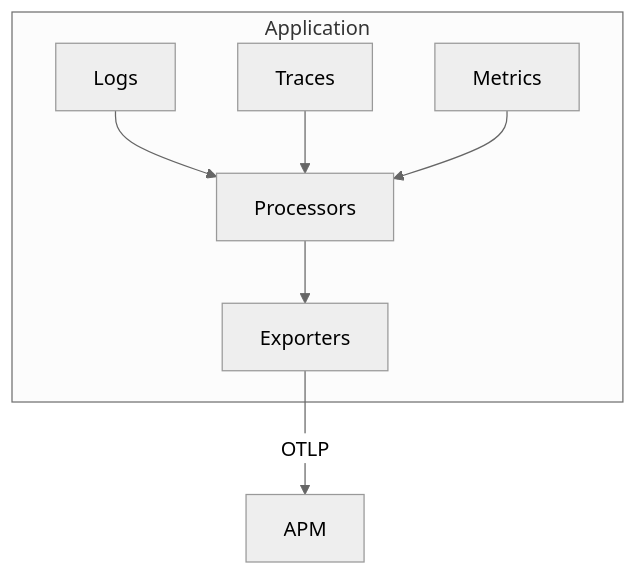
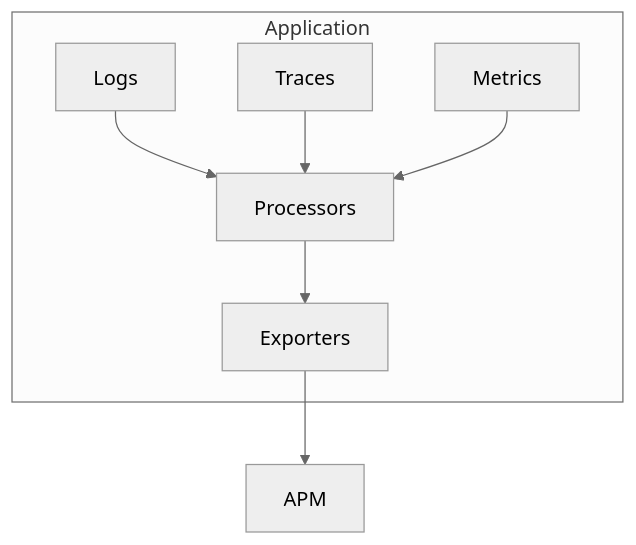
Before and after one commit to idle-code/OpenTelemetryDemo: the second of 4 diagrams in OtelSlides/pages/what-is-opentelemetry.md, drawn with Mermaid (neutral theme). The commit also changed other lines of this file and 15 other files, not shown here.

````diff
--- a/OtelSlides/pages/what-is-opentelemetry.md
+++ b/OtelSlides/pages/what-is-opentelemetry.md
@@ -33,18 +42,18 @@
 ```mermaid {scale: 0.7}
 graph TD;
     subgraph app["Application"]
         logs["Logs"]
         traces["Traces"]
         metrics["Metrics"]
         processors["Processors"]
         exporters["Exporters"]
         
         logs --> processors
         traces --> processors
         metrics --> processors
         processors --> exporters
     end
     apm["APM"]
     
-    exporters -- "OTLP" --> apm
+    exporters --> apm
 ```
````
